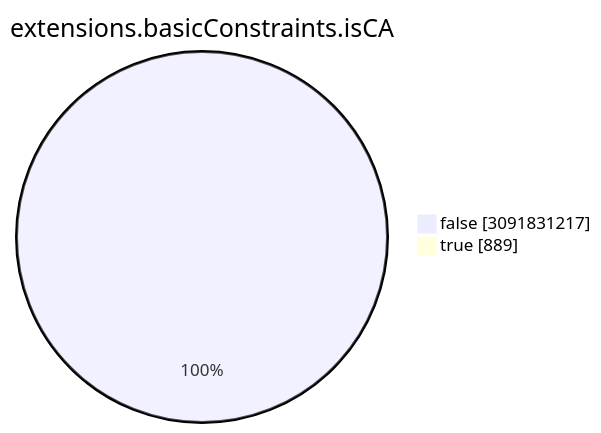
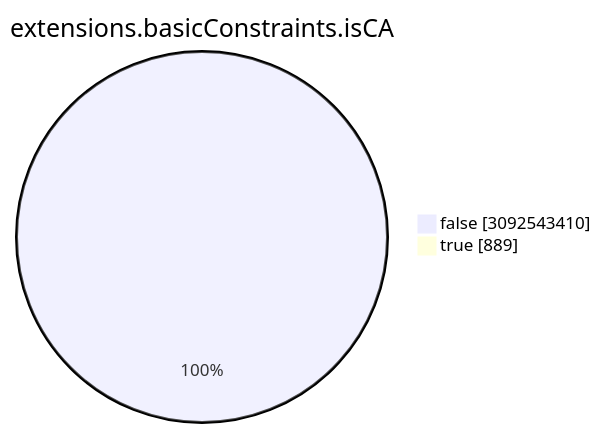
One commit to christiankrug/ctmonitor_visualization changed the seventh of 15 diagrams in TOTAL/README.md. Above: the diagram before and after it, drawn with Mermaid. The commit also changed other lines of this file, not shown here.

````diff
--- a/TOTAL/README.md
+++ b/TOTAL/README.md
@@ -3088,6 +3088,6 @@
 ```mermaid
 pie showData
 title extensions.basicConstraints.isCA
-"false" :3091831217
+"false" :3092543410
 "true" :889
 ```
````
